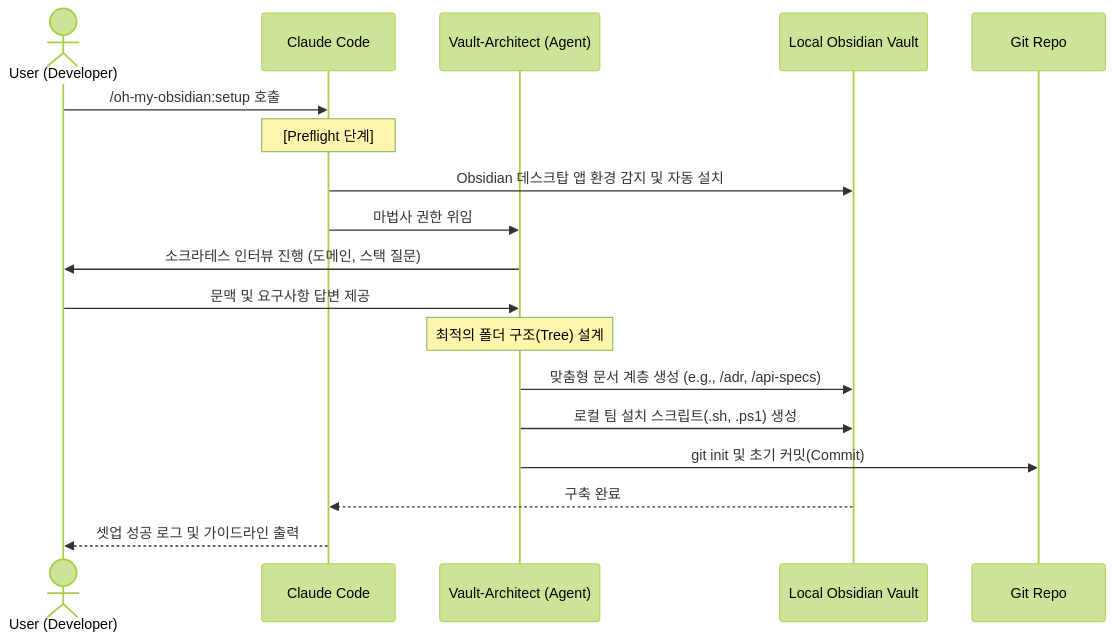
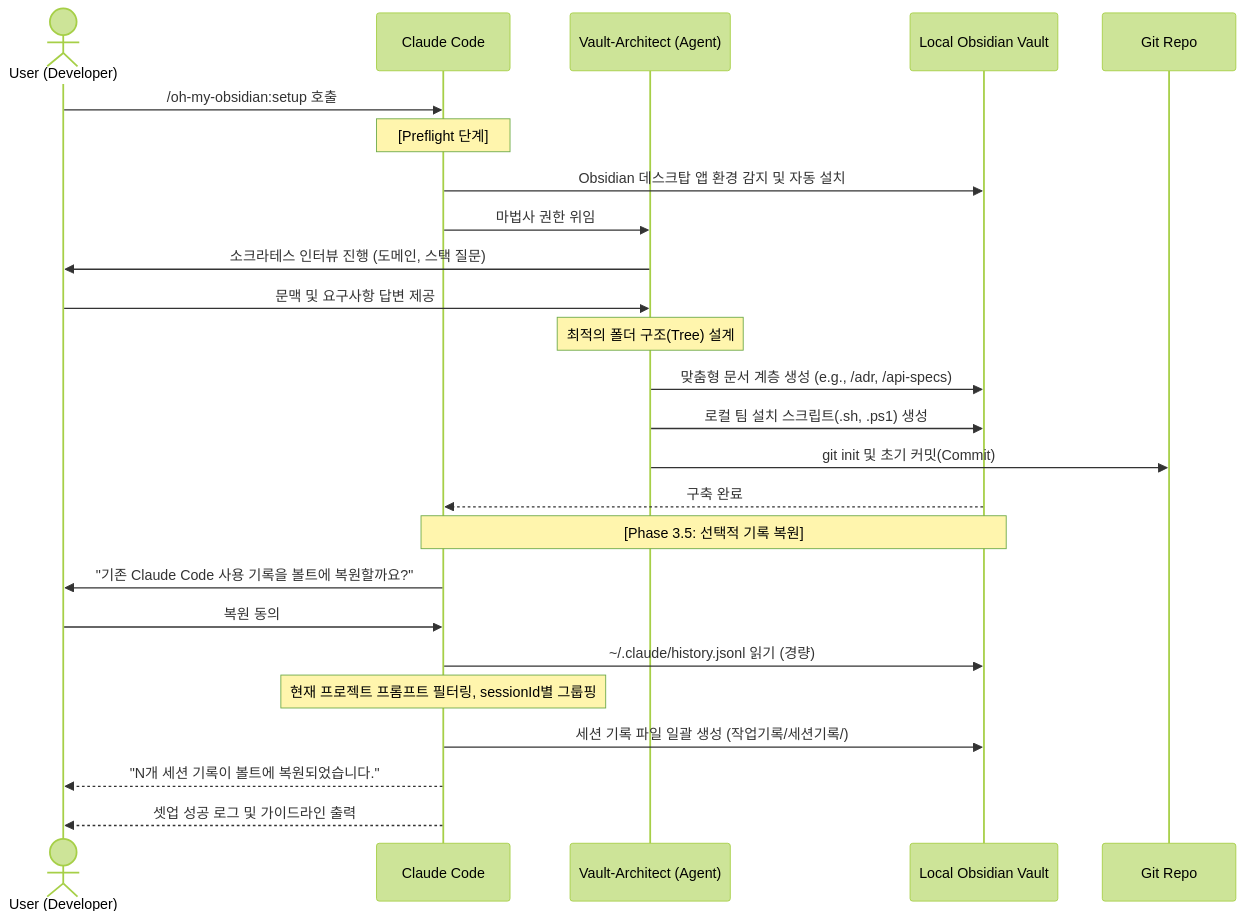
One commit to hongdangmoo49/oh-my-obsidian changed the first of 3 diagrams in WORKFLOW.md. Above: the diagram before and after it, drawn with Mermaid (forest theme). The commit also changed other lines of this file and 2 other files, not shown here.

Commit message:
feat: add setup and restore-history command specifications and update workflow documentation

````diff
--- a/WORKFLOW.md
+++ b/WORKFLOW.md
@@ -9,23 +9,32 @@
 ```mermaid
 sequenceDiagram
     actor Developer as User (Developer)
     participant Claude as Claude Code
     participant Architect as Vault-Architect (Agent)
     participant LocalFS as Local Obsidian Vault
     participant Git as Git Repo
 
     Developer->>Claude: /oh-my-obsidian:setup 호출
     note over Claude: [Preflight 단계]
     Claude->>LocalFS: Obsidian 데스크탑 앱 환경 감지 및 자동 설치
     Claude->>Architect: 마법사 권한 위임
     Architect->>Developer: 소크라테스 인터뷰 진행 (도메인, 스택 질문)
     Developer->>Architect: 문맥 및 요구사항 답변 제공
     
     note over Architect: 최적의 폴더 구조(Tree) 설계
     
     Architect->>LocalFS: 맞춤형 문서 계층 생성 (e.g., /adr, /api-specs)
     Architect->>LocalFS: 로컬 팀 설치 스크립트(.sh, .ps1) 생성
     Architect->>Git: git init 및 초기 커밋(Commit)
     LocalFS-->>Claude: 구축 완료
+
+    note over Claude, LocalFS: [Phase 3.5: 선택적 기록 복원]
+    Claude->>Developer: "기존 Claude Code 사용 기록을 볼트에 복원할까요?"
+    Developer->>Claude: 복원 동의
+    Claude->>LocalFS: ~/.claude/history.jsonl 읽기 (경량)
+    note over Claude: 현재 프로젝트 프롬프트 필터링, sessionId별 그룹핑
+    Claude->>LocalFS: 세션 기록 파일 일괄 생성 (작업기록/세션기록/)
+    Claude-->>Developer: "N개 세션 기록이 볼트에 복원되었습니다."
+
     Claude-->>Developer: 셋업 성공 로그 및 가이드라인 출력
 ```
````
